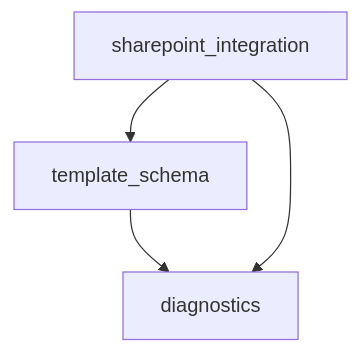
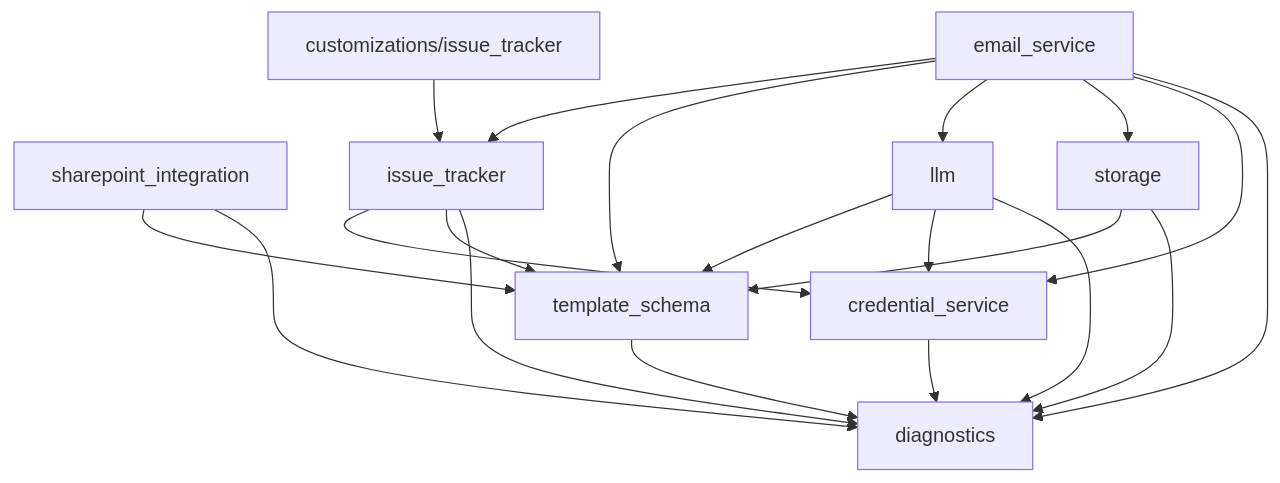
The diagram in docs/compact/MAP.md (kurnoolion/hilda), drawn with Mermaid before and after one commit. The commit also changed other lines of this file, not shown here.

````diff
--- a/docs/compact/MAP.md
+++ b/docs/compact/MAP.md
@@ -15,10 +21,32 @@
 ```mermaid
 flowchart TD
     m_diagnostics[diagnostics]
+    m_template_schema[template_schema]
+    m_credential_service[credential_service]
     m_sharepoint_integration[sharepoint_integration]
-    m_template_schema[template_schema]
+    m_storage[storage]
+    m_llm[llm]
+    m_issue_tracker[issue_tracker]
+    m_email_service[email_service]
+    m_customizations_issue_tracker[customizations/issue_tracker]
 
     m_template_schema --> m_diagnostics
+    m_credential_service --> m_diagnostics
     m_sharepoint_integration --> m_diagnostics
     m_sharepoint_integration --> m_template_schema
+    m_storage --> m_diagnostics
+    m_storage --> m_template_schema
+    m_llm --> m_diagnostics
+    m_llm --> m_credential_service
+    m_llm --> m_template_schema
+    m_issue_tracker --> m_diagnostics
+    m_issue_tracker --> m_template_schema
+    m_issue_tracker --> m_credential_service
+    m_email_service --> m_diagnostics
+    m_email_service --> m_credential_service
+    m_email_service --> m_storage
+    m_email_service --> m_llm
+    m_email_service --> m_template_schema
+    m_email_service --> m_issue_tracker
+    m_customizations_issue_tracker --> m_issue_tracker
 ```
````
